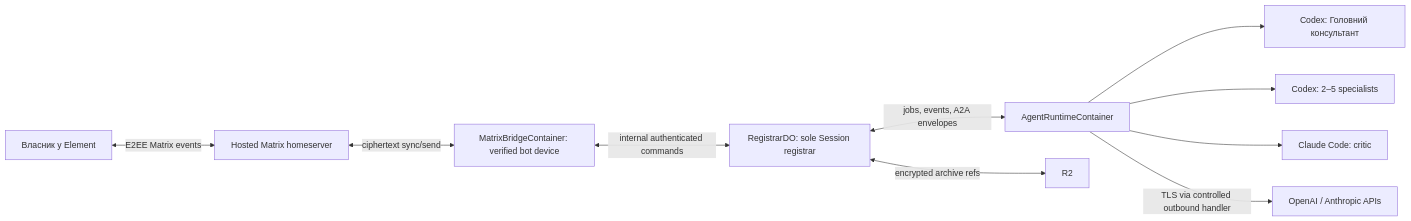
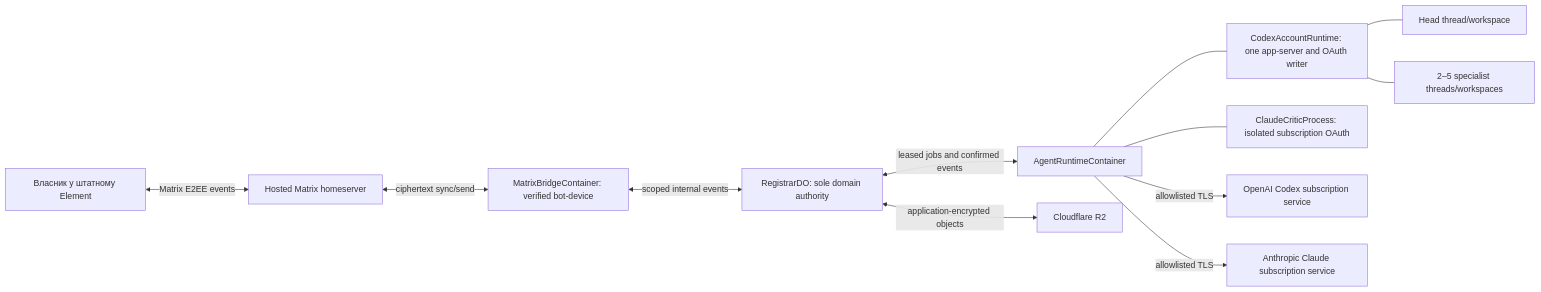
The diagram in docs/architecture.md (Ingwarski/personal-ai-consulting-group-godaddy), drawn with Mermaid before and after one commit. The commit also changed other lines of this file and 12 other files, not shown here.

Commit message:
Use subscription OAuth for Codex and Claude runtimes

````diff
--- a/docs/architecture.md
+++ b/docs/architecture.md
@@ -48,12 +65,14 @@
 ```mermaid
 flowchart LR
-    U["Власник у Element"] <-->|"E2EE Matrix events"| H["Hosted Matrix homeserver"]
-    H <-->|"ciphertext sync/send"| B["MatrixBridgeContainer: verified bot device"]
-    B <-->|"internal authenticated commands"| R["RegistrarDO: sole Session registrar"]
-    R <-->|"jobs, events, A2A envelopes"| A["AgentRuntimeContainer"]
-    A --> C1["Codex: Головний консультант"]
-    A --> C2["Codex: 2–5 specialists"]
-    A --> CL["Claude Code: critic"]
-    R <-->|"encrypted archive refs"| O["R2"]
-    A -->|"TLS via controlled outbound handler"| P["OpenAI / Anthropic APIs"]
+    U["Власник у штатному Element"] <-->|"Matrix E2EE events"| H["Hosted Matrix homeserver"]
+    H <-->|"ciphertext sync/send"| B["MatrixBridgeContainer: verified bot-device"]
+    B <-->|"scoped internal events"| R["RegistrarDO: sole domain authority"]
+    R <-->|"leased jobs and confirmed events"| A["AgentRuntimeContainer"]
+    A --- CA["CodexAccountRuntime: one app-server and OAuth writer"]
+    CA --- CH["Head thread/workspace"]
+    CA --- CS["2–5 specialist threads/workspaces"]
+    A --- CL["ClaudeCriticProcess: isolated subscription OAuth"]
+    R <-->|"application-encrypted objects"| O["Cloudflare R2"]
+    A -->|"allowlisted TLS"| OP["OpenAI Codex subscription service"]
+    A -->|"allowlisted TLS"| AP["Anthropic Claude subscription service"]
 ```
````
